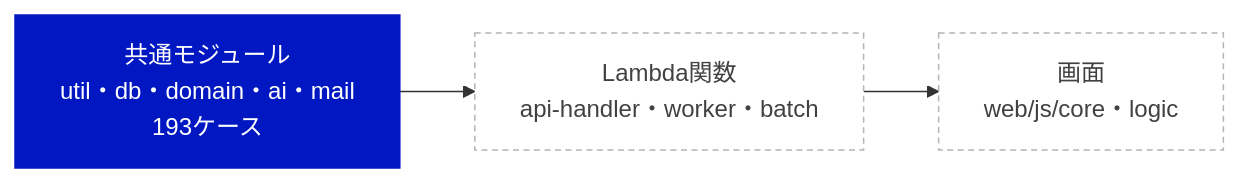
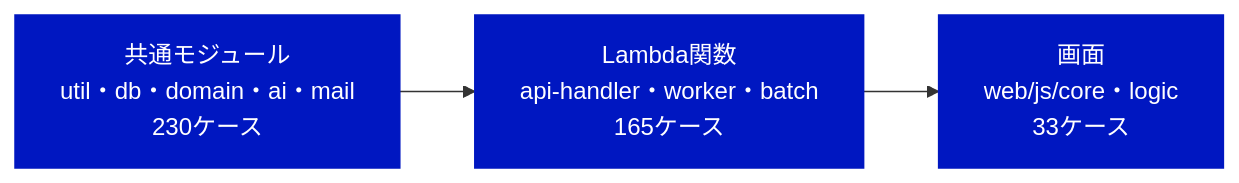
The first of 3 diagrams in documents/モジュールテスト結果報告書_RPG学習アプリ.md (pocarialice/rpglearning), drawn with Mermaid before and after one commit. The commit also changed other lines of this file and 2 other files, not shown here.

First line of the commit message:
モジュールテスト結果報告書を第1.0版（最終報告：全モジュール428ケース）に更新

````diff
--- a/documents/モジュールテスト結果報告書_RPG学習アプリ.md
+++ b/documents/モジュールテスト結果報告書_RPG学習アプリ.md
@@ -23,7 +23,7 @@
 ```mermaid
 flowchart LR
-  A["共通モジュール<br>util・db・domain・ai・mail<br>193ケース"]:::done --> B["Lambda関数<br>api-handler・worker・batch"]:::todo
-  B --> C["画面<br>web/js/core・logic"]:::todo
+  A["共通モジュール<br>util・db・domain・ai・mail<br>230ケース"]:::done --> B["Lambda関数<br>api-handler・worker・batch<br>165ケース"]:::done
+  B --> C["画面<br>web/js/core・logic<br>33ケース"]:::done
   classDef done fill:#0017C1,color:#fff,stroke:#0017C1
   classDef todo fill:#fff,color:#414141,stroke:#B4B4B4,stroke-dasharray:4 3
 ```
````
